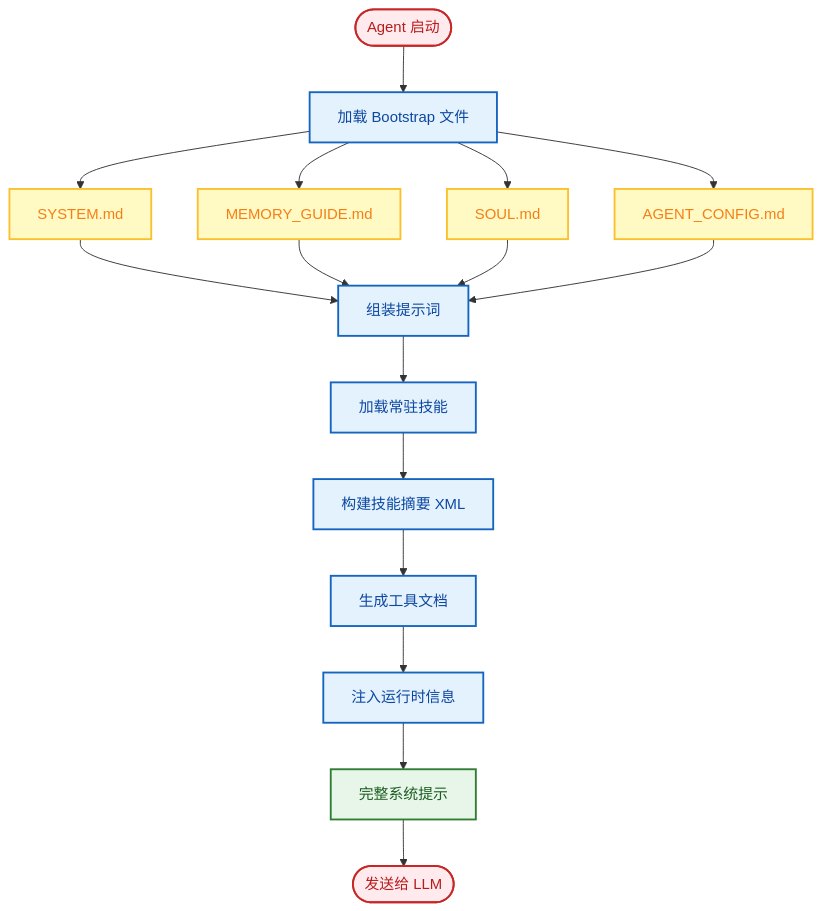
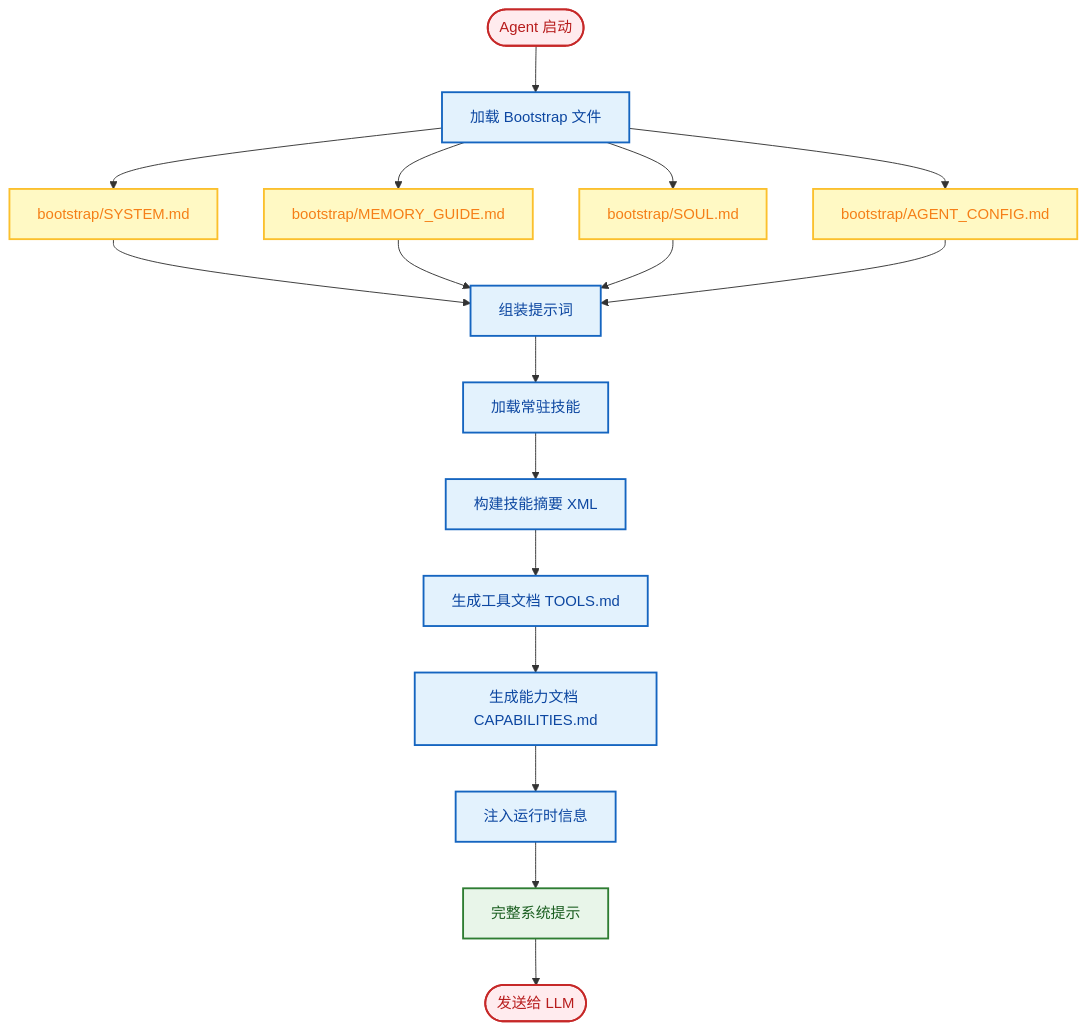
Before and after one commit to xt765/FinchBot: the fifth of 8 diagrams in docs/zh-CN/blog/finchbot-flexible-ai-agent-framework.md, drawn with Mermaid. The commit also changed other lines of this file and 4 other files, not shown here.

````diff
--- a/docs/zh-CN/blog/finchbot-flexible-ai-agent-framework.md
+++ b/docs/zh-CN/blog/finchbot-flexible-ai-agent-framework.md
@@ -370,27 +380,28 @@
 ```mermaid
 flowchart TD
     classDef startEnd fill:#ffebee,stroke:#c62828,stroke-width:2px,color:#b71c1c;
     classDef process fill:#e3f2fd,stroke:#1565c0,stroke-width:2px,color:#0d47a1;
     classDef file fill:#fff9c4,stroke:#fbc02d,stroke-width:2px,color:#f57f17;
     classDef output fill:#e8f5e9,stroke:#2e7d32,stroke-width:2px,color:#1b5e20;
 
     A([Agent 启动]):::startEnd --> B[加载 Bootstrap 文件]:::process
 
-    B --> C[SYSTEM.md]:::file
-    B --> D[MEMORY_GUIDE.md]:::file
-    B --> E[SOUL.md]:::file
-    B --> F[AGENT_CONFIG.md]:::file
+    B --> C[bootstrap/SYSTEM.md]:::file
+    B --> D[bootstrap/MEMORY_GUIDE.md]:::file
+    B --> E[bootstrap/SOUL.md]:::file
+    B --> F[bootstrap/AGENT_CONFIG.md]:::file
 
     C --> G[组装提示词]:::process
     D --> G
     E --> G
     F --> G
 
     G --> H[加载常驻技能]:::process
     H --> I[构建技能摘要 XML]:::process
-    I --> J[生成工具文档]:::process
-    J --> K[注入运行时信息]:::process
-    K --> L[完整系统提示]:::output
+    I --> J[生成工具文档 TOOLS.md]:::process
+    J --> K[生成能力文档 CAPABILITIES.md]:::process
+    K --> L[注入运行时信息]:::process
+    L --> M[完整系统提示]:::output
 
-    L --> M([发送给 LLM]):::startEnd
+    M --> N([发送给 LLM]):::startEnd
 ```
````
